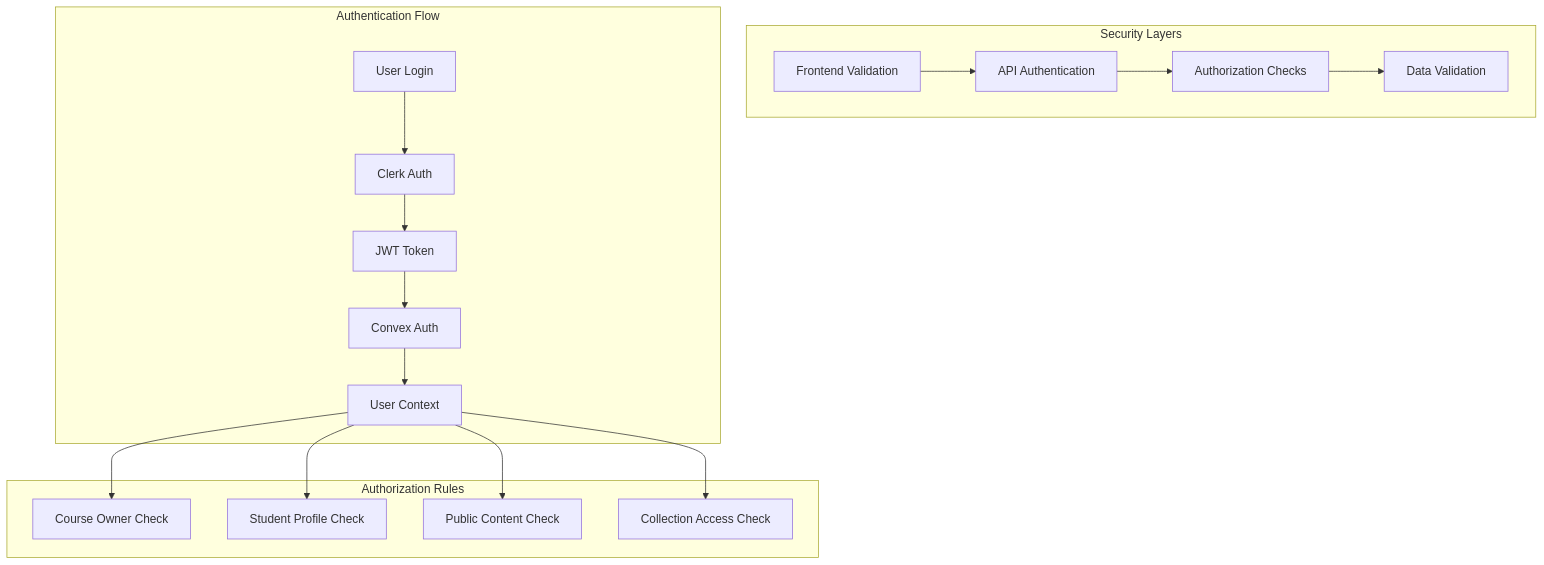
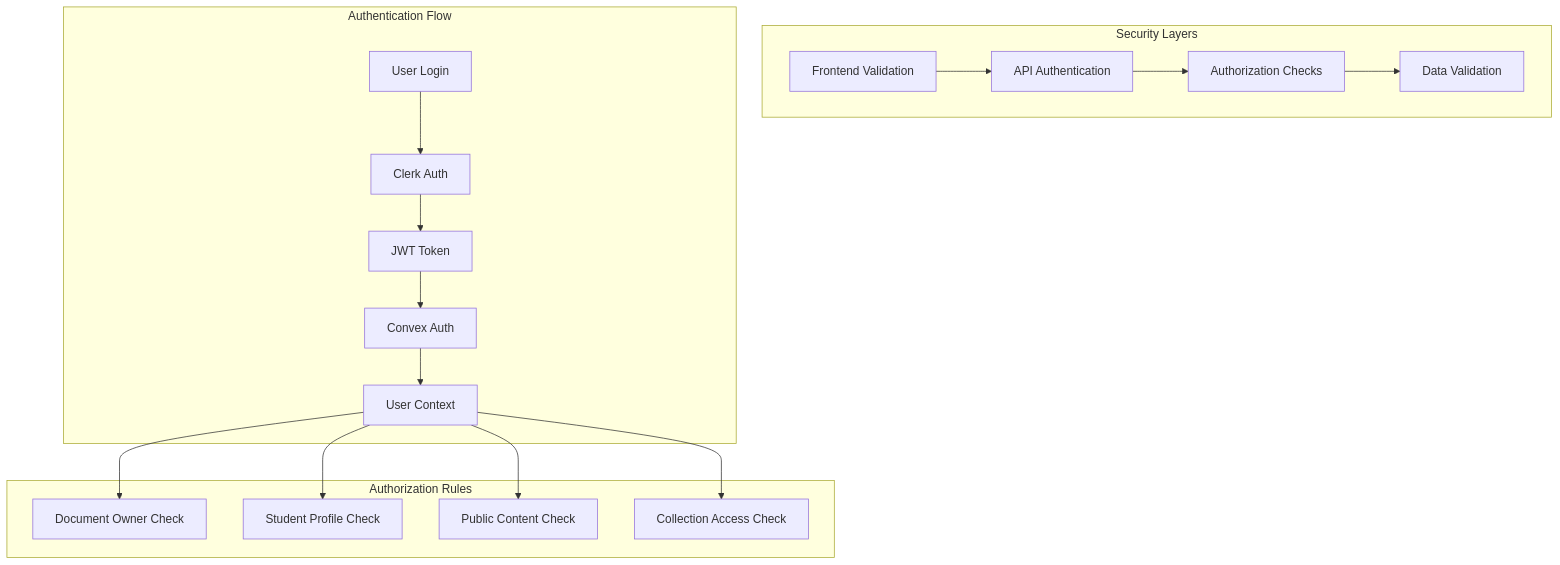
The seventh of 11 diagrams in ARCHITECTURE_DIAGRAM.md (a1x02/BiGOR_2.0), drawn with Mermaid before and after one commit. The commit also changed other lines of this file and 4 other files, not shown here.

````diff
--- a/ARCHITECTURE_DIAGRAM.md
+++ b/ARCHITECTURE_DIAGRAM.md
@@ -364,31 +343,31 @@
 ```mermaid
 graph TB
     subgraph "Security Layers"
         A[Frontend Validation]
         B[API Authentication]
         C[Authorization Checks]
         D[Data Validation]
     end
 
     subgraph "Authentication Flow"
         E[User Login] --> F[Clerk Auth]
         F --> G[JWT Token]
         G --> H[Convex Auth]
         H --> I[User Context]
     end
 
     subgraph "Authorization Rules"
-        J[Course Owner Check]
+        J[Document Owner Check]
         K[Student Profile Check]
         L[Public Content Check]
         M[Collection Access Check]
     end
 
     A --> B
     B --> C
     C --> D
     I --> J
     I --> K
     I --> L
     I --> M
 ```
````
